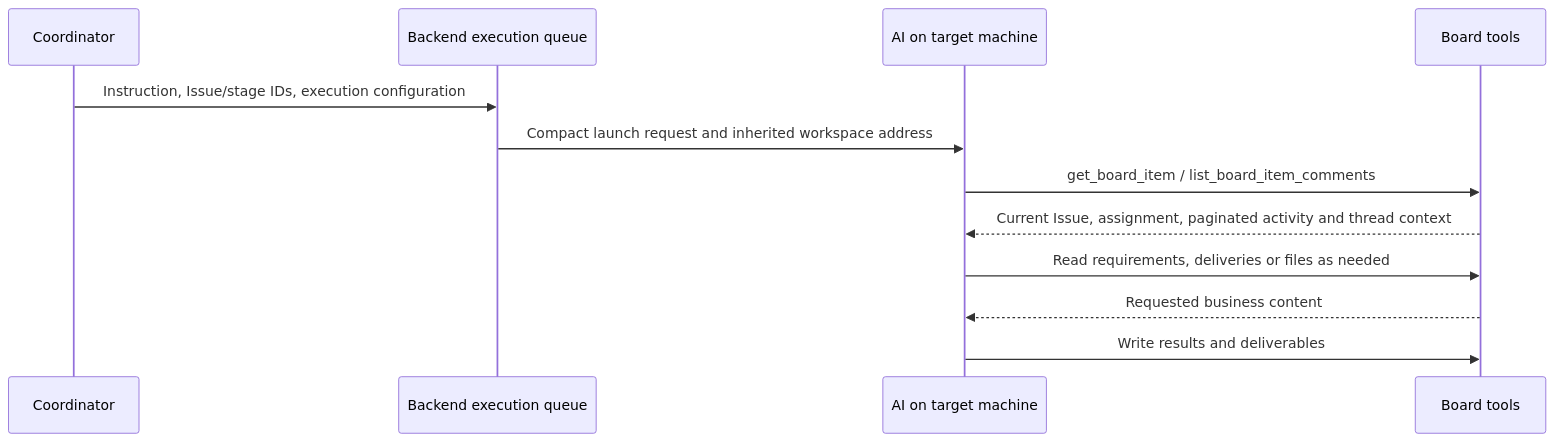
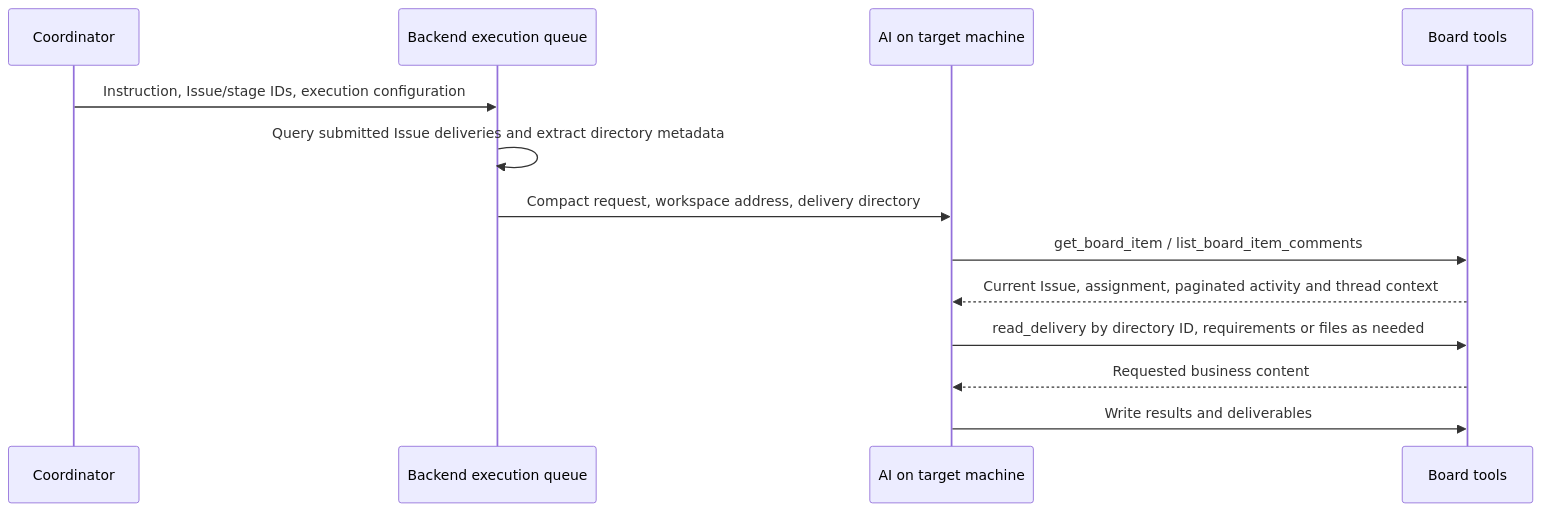
The first of 10 diagrams in docs/en/developer-guide/board-automation-acceptance.md (wecode-ai/Wegent), drawn with Mermaid before and after one commit. The commit also changed other lines of this file and 7 other files, not shown here.

Commit message:
fix(board): include deliverable directory in stage launch

````diff
--- a/docs/en/developer-guide/board-automation-acceptance.md
+++ b/docs/en/developer-guide/board-automation-acceptance.md
@@ -11,14 +11,15 @@
 ```mermaid
 sequenceDiagram
   participant C as Coordinator
   participant Q as Backend execution queue
   participant R as AI on target machine
   participant B as Board tools
   C->>Q: Instruction, Issue/stage IDs, execution configuration
-  Q->>R: Compact launch request and inherited workspace address
+  Q->>Q: Query submitted Issue deliveries and extract directory metadata
+  Q->>R: Compact request, workspace address, delivery directory
   R->>B: get_board_item / list_board_item_comments
   B-->>R: Current Issue, assignment, paginated activity and thread context
-  R->>B: Read requirements, deliveries or files as needed
+  R->>B: read_delivery by directory ID, requirements or files as needed
   B-->>R: Requested business content
   R->>B: Write results and deliverables
 ```
````
